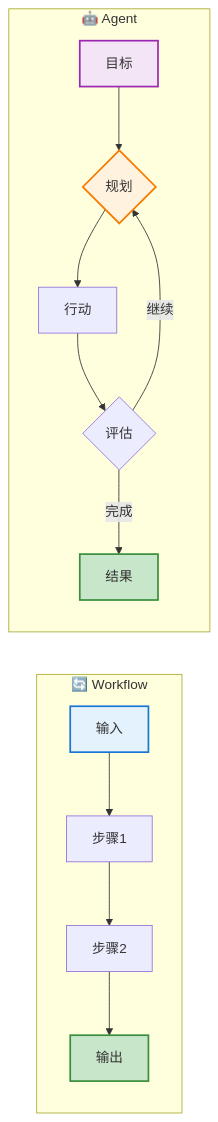
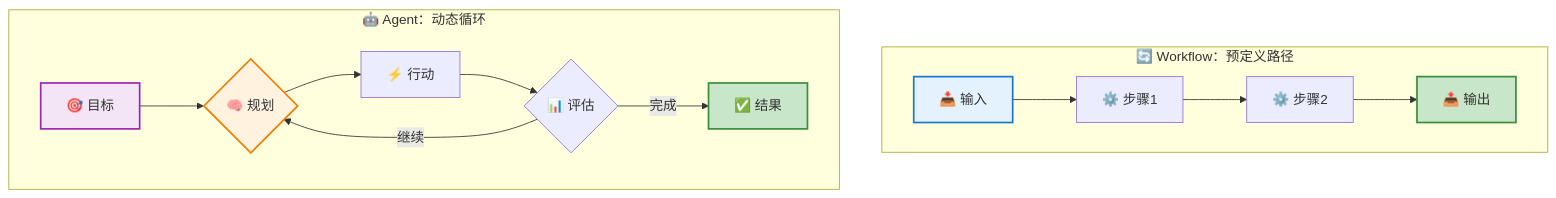
Before and after one commit to yxzf/claude-code-guide: the second of 10 diagrams in agent/AI_Agent_完整入门指南.md, drawn with Mermaid. The commit also changed other lines of this file, not shown here.

Commit message:
优化架构图表并删除重复内容
## 图表改进
1. **改为垂直布局**: 使用TB + direction LR实现更清晰的横向子图
2. **增强标题**: 添加"预定义路径"和"动态循环"标签
3. **优化图标**: 使用更直观的emoji表示不同功能
4. **保持样式**: 保留颜色区分不同节点类型

## 删除重复内容
- **移除选择决策框架**: 与"何时构建Agent"章节重复
- **简化结尾**: 用自然过渡句替代重复的决策指导
- **避免冗余**: 后续章节有更详细的决策树

## 章节精简
现在章节聚焦于核心对比，决策指导留给专门章节，
避免内容重复，保持文档结构清晰。

````diff
--- a/agent/AI_Agent_完整入门指南.md
+++ b/agent/AI_Agent_完整入门指南.md
@@ -87,20 +87,22 @@
 ```mermaid
-graph LR
-    subgraph W ["🔄 Workflow"]
-        W1[输入] --> W2[步骤1] --> W3[步骤2] --> W4[输出]
+graph TB
+    subgraph W ["🔄 Workflow：预定义路径"]
+        direction LR
+        W1[📥 输入] --> W2[⚙️ 步骤1] --> W3[⚙️ 步骤2] --> W4[📤 输出]
     end
     
-    subgraph A ["🤖 Agent"]
-        A1[目标] --> A2{规划}
-        A2 --> A3[行动]
-        A3 --> A4{评估}
+    subgraph A ["🤖 Agent：动态循环"]
+        direction LR
+        A1[🎯 目标] --> A2{🧠 规划}
+        A2 --> A3[⚡ 行动]
+        A3 --> A4{📊 评估}
         A4 -->|继续| A2
-        A4 -->|完成| A5[结果]
+        A4 -->|完成| A5[✅ 结果]
     end
     
     style W1 fill:#e3f2fd,stroke:#1976d2,stroke-width:2px
     style W4 fill:#c8e6c9,stroke:#388e3c,stroke-width:2px
     style A1 fill:#f3e5f5,stroke:#9c27b0,stroke-width:2px
     style A2 fill:#fff3e0,stroke:#f57c00,stroke-width:2px
     style A5 fill:#c8e6c9,stroke:#388e3c,stroke-width:2px
 ```
````
